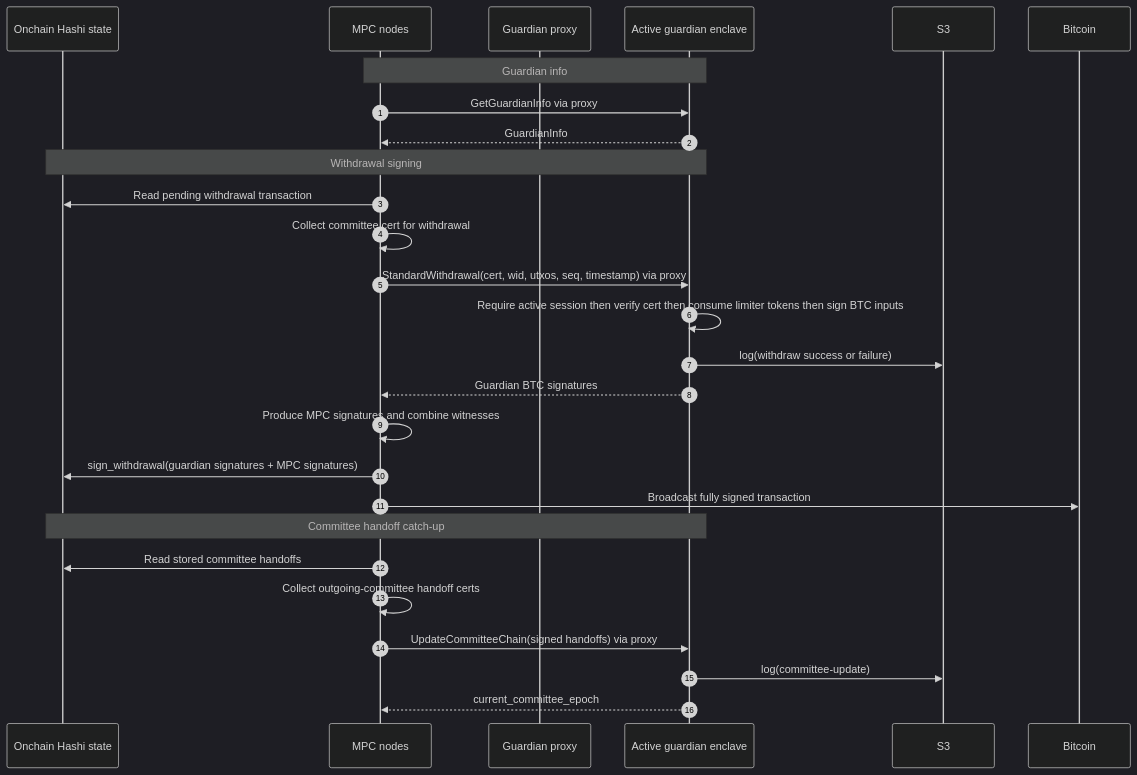
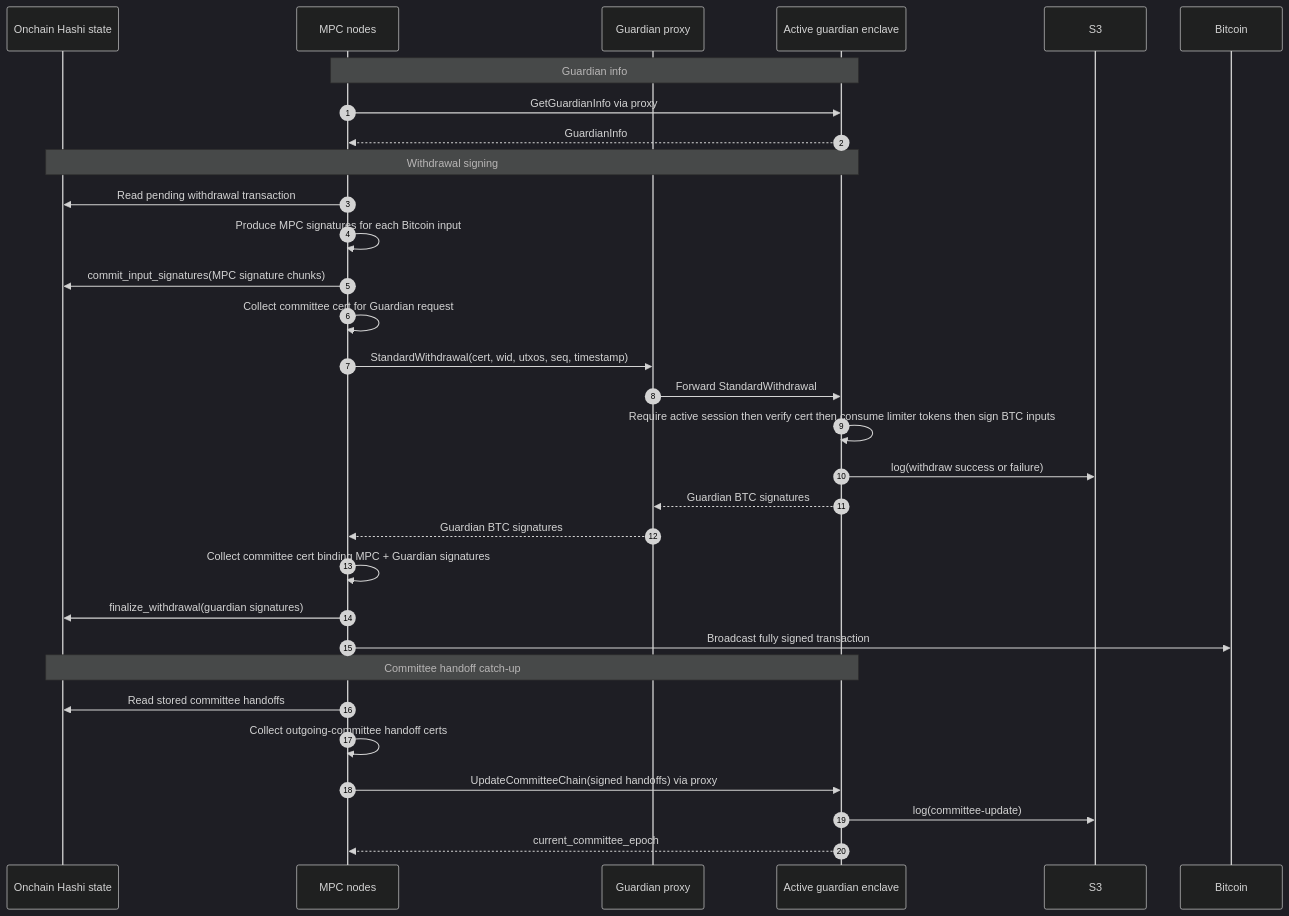
One commit to MystenLabs/hashi changed the fourth of 4 diagrams in design/docs/guardian.mdx. Above: the diagram before and after it, drawn with Mermaid (dark theme).

Commit message:
[Guardian] Correct withdrawal signing order

````diff
--- a/design/docs/guardian.mdx
+++ b/design/docs/guardian.mdx
@@ -159,33 +159,37 @@
 ```mermaid
 sequenceDiagram
     autonumber
 
     participant Onchain as Onchain Hashi state
     participant MPC as MPC nodes
     participant Proxy as Guardian proxy
     participant Guardian as Active guardian enclave
     participant S3
     participant Bitcoin
 
     Note over MPC,Guardian: Guardian info
     MPC->>Guardian: GetGuardianInfo via proxy
     Guardian-->>MPC: GuardianInfo
 
     Note over Onchain,Guardian: Withdrawal signing
     MPC->>Onchain: Read pending withdrawal transaction
-    MPC->>MPC: Collect committee cert for withdrawal
-    MPC->>Guardian: StandardWithdrawal(cert, wid, utxos, seq, timestamp) via proxy
+    MPC->>MPC: Produce MPC signatures for each Bitcoin input
+    MPC->>Onchain: commit_input_signatures(MPC signature chunks)
+    MPC->>MPC: Collect committee cert for Guardian request
+    MPC->>Proxy: StandardWithdrawal(cert, wid, utxos, seq, timestamp)
+    Proxy->>Guardian: Forward StandardWithdrawal
     Guardian->>Guardian: Require active session then verify cert then consume limiter tokens then sign BTC inputs
     Guardian->>S3: log(withdraw success or failure)
-    Guardian-->>MPC: Guardian BTC signatures
-    MPC->>MPC: Produce MPC signatures and combine witnesses
-    MPC->>Onchain: sign_withdrawal(guardian signatures + MPC signatures)
+    Guardian-->>Proxy: Guardian BTC signatures
+    Proxy-->>MPC: Guardian BTC signatures
+    MPC->>MPC: Collect committee cert binding MPC + Guardian signatures
+    MPC->>Onchain: finalize_withdrawal(guardian signatures)
     MPC->>Bitcoin: Broadcast fully signed transaction
 
     Note over Onchain,Guardian: Committee handoff catch-up
     MPC->>Onchain: Read stored committee handoffs
     MPC->>MPC: Collect outgoing-committee handoff certs
     MPC->>Guardian: UpdateCommitteeChain(signed handoffs) via proxy
     Guardian->>S3: log(committee-update)
     Guardian-->>MPC: current_committee_epoch
 ```
````
